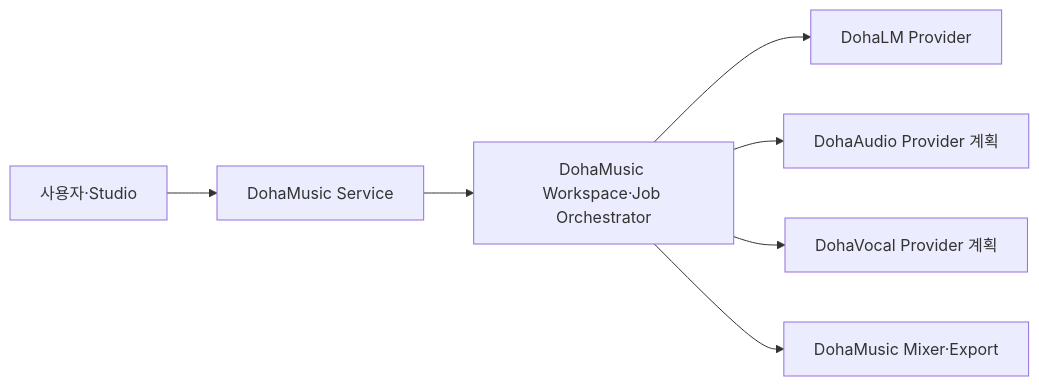
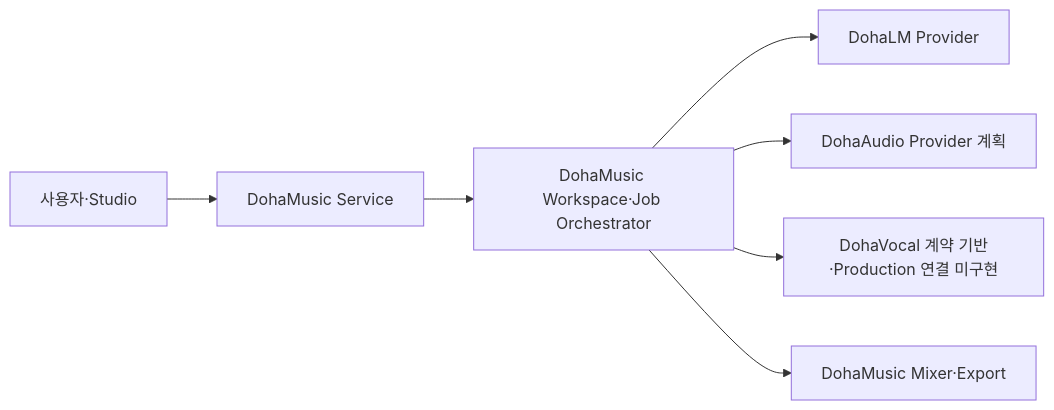
One commit to DohaStudio/DohaMusic changed the diagram in docs/03-architecture/repository-provider-boundaries.md. Above: the diagram before and after it, drawn with Mermaid. The commit also changed other lines of this file and 24 other files, not shown here.

Commit message:
feat: DohaVocal Consumer Contract Foundation 구현

````diff
--- a/docs/03-architecture/repository-provider-boundaries.md
+++ b/docs/03-architecture/repository-provider-boundaries.md
@@ -55,9 +55,9 @@
 ```mermaid
 flowchart LR
   U[사용자·Studio] --> M[DohaMusic Service]
   M --> O[DohaMusic Workspace·Job Orchestrator]
   O --> L[DohaLM Provider]
   O --> A[DohaAudio Provider 계획]
-  O --> V[DohaVocal Provider 계획]
+  O --> V[DohaVocal 계약 기반·Production 연결 미구현]
   O --> X[DohaMusic Mixer·Export]
 ```
````
